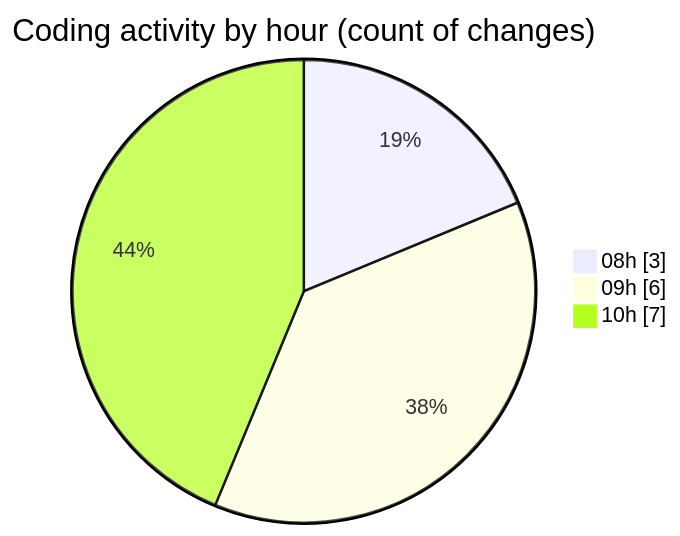
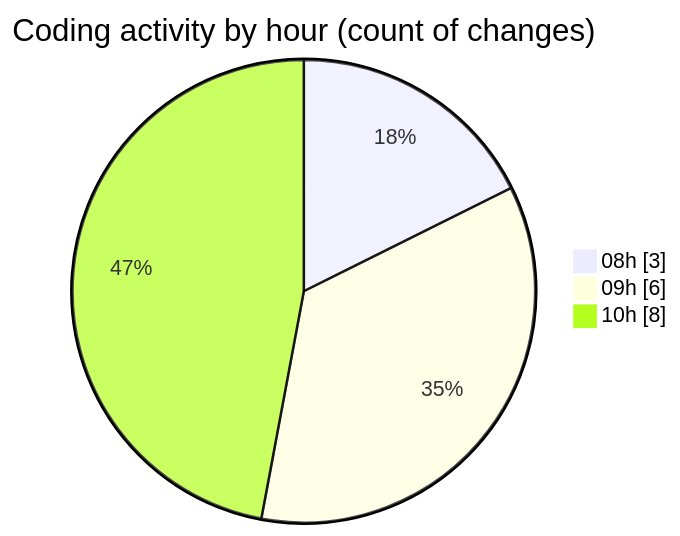
Before and after one commit to BS-eng2023/code-tracking: the second of 2 diagrams in 2025-04-01/jsvms/README.md, drawn with Mermaid. The commit also changed other lines of this file and 1 other file, not shown here.

````diff
--- a/2025-04-01/jsvms/README.md
+++ b/2025-04-01/jsvms/README.md
@@ -38,7 +39,7 @@
 ```mermaid
 pie showData
 title Coding activity by hour (count of changes)
 "08h" : 3
 "09h" : 6
-"10h" : 7
+"10h" : 8
 ```
````
